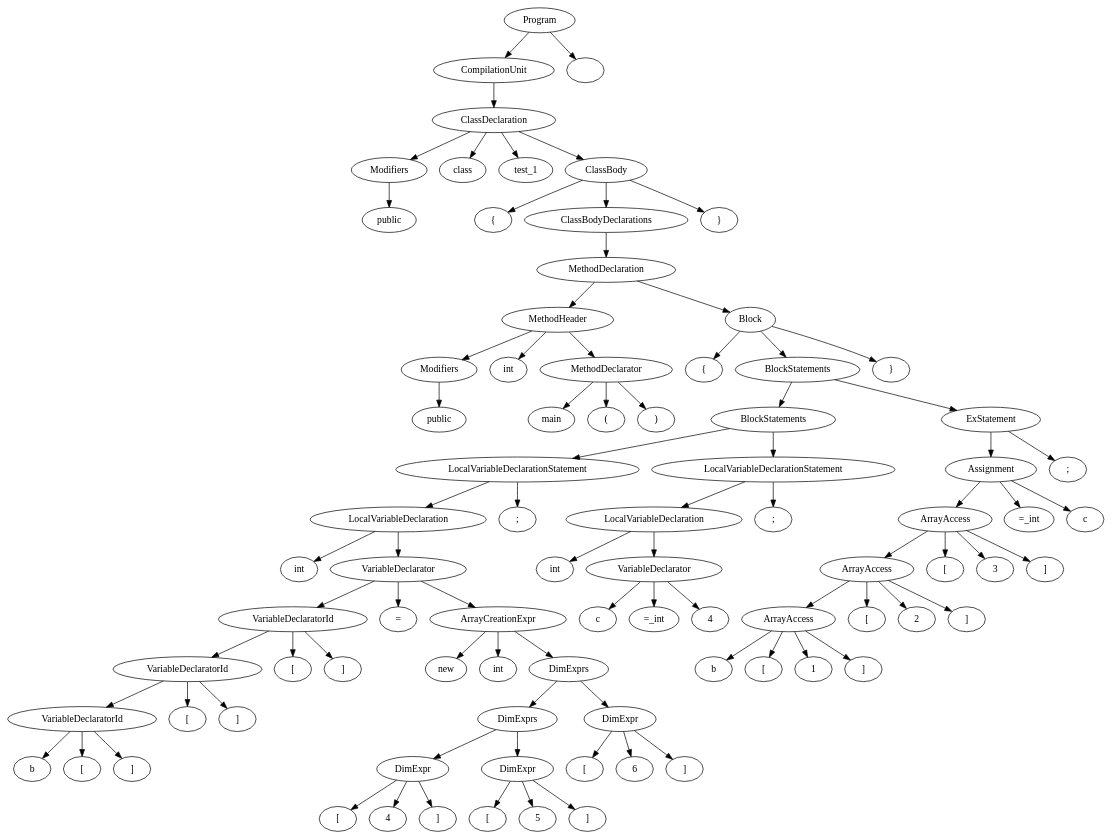
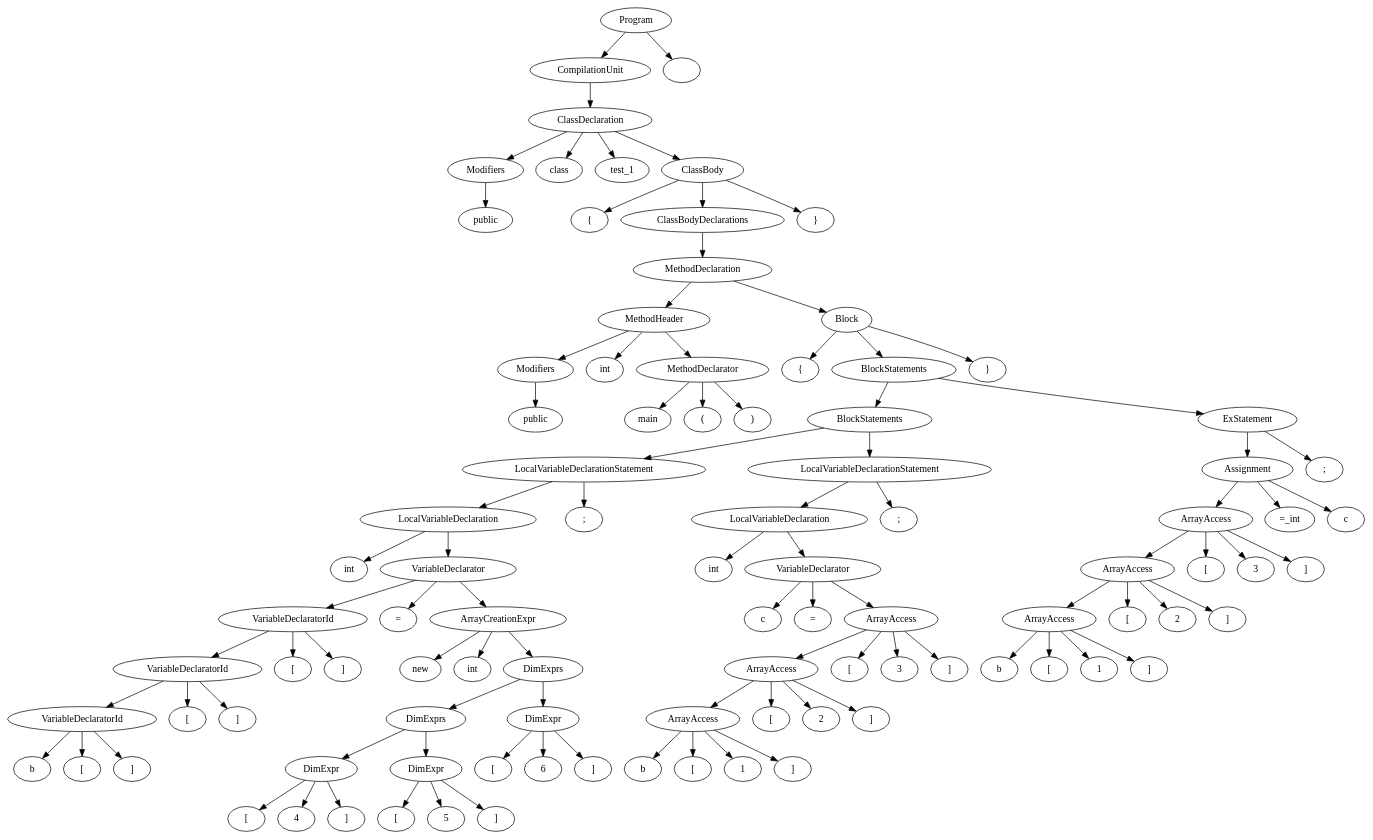
One commit to sandeepb20/Milestone changed the diagram in cs335_project_200530/src/out.dot. Above: the diagram before and after it, drawn with Graphviz. The commit also changed 4 other files, not shown here.

```diff
--- a/cs335_project_200530/src/out.dot
+++ b/cs335_project_200530/src/out.dot
@@ -1,171 +1,195 @@
 digraph G {
 n1 [label="public"]
 n2 [label="Modifiers"]
 n2->n1;
 n3 [label="class"]
 n4 [label="test_1"]
 n5 [label="{"]
 n6 [label="public"]
 n7 [label="Modifiers"]
 n7->n6;
 n8 [label="int"]
 n9 [label="main"]
 n10 [label="("]
 n11 [label=")"]
 n12 [label="MethodDeclarator"]
 n12->n11;
 n12->n10;
 n12->n9;
 n13 [label="MethodHeader"]
 n13->n12;
 n13->n8;
 n13->n7;
 n14 [label="{"]
 n15 [label="int"]
 n16 [label="b"]
 n17 [label="["]
 n18 [label="]"]
 n19 [label="VariableDeclaratorId"]
 n19->n18;
 n19->n17;
 n19->n16;
 n20 [label="["]
 n21 [label="]"]
 n22 [label="VariableDeclaratorId"]
 n22->n21;
 n22->n20;
 n22->n19;
 n23 [label="["]
 n24 [label="]"]
 n25 [label="VariableDeclaratorId"]
 n25->n24;
 n25->n23;
 n25->n22;
 n26 [label="="]
 n27 [label="new"]
 n28 [label="int"]
 n29 [label="["]
 n30 [label="4"]
 n31 [label="]"]
 n32 [label="DimExpr"]
 n32->n31;
 n32->n30;
 n32->n29;
 n33 [label="["]
 n34 [label="5"]
 n35 [label="]"]
 n36 [label="DimExpr"]
 n36->n35;
 n36->n34;
 n36->n33;
 n37 [label="DimExprs"]
 n37->n36;
 n37->n32;
 n38 [label="["]
 n39 [label="6"]
 n40 [label="]"]
 n41 [label="DimExpr"]
 n41->n40;
 n41->n39;
 n41->n38;
 n42 [label="DimExprs"]
 n42->n41;
 n42->n37;
 n43 [label="ArrayCreationExpr"]
 n43->n42;
 n43->n28;
 n43->n27;
 n44 [label="VariableDeclarator"]
 n44->n43;
 n44->n26;
 n44->n25;
 n45 [label="LocalVariableDeclaration"]
 n45->n44;
 n45->n15;
 n46 [label=";"]
 n47 [label="LocalVariableDeclarationStatement"]
 n47->n46;
 n47->n45;
 n48 [label="int"]
 n49 [label="c"]
-n50 [label="=_int"]
-n51 [label="4"]
-n52 [label="VariableDeclarator"]
-n52->n51;
-n52->n50;
-n52->n49;
-n53 [label="LocalVariableDeclaration"]
-n53->n52;
-n53->n48;
-n54 [label=";"]
-n55 [label="LocalVariableDeclarationStatement"]
+n50 [label="="]
+n51 [label="b"]
+n52 [label="["]
+n53 [label="1"]
+n54 [label="]"]
+n55 [label="ArrayAccess"]
 n55->n54;
 n55->n53;
-n56 [label="BlockStatements"]
-n56->n55;
-n56->n47;
-n57 [label="b"]
-n58 [label="["]
-n59 [label="1"]
-n60 [label="]"]
-n61 [label="ArrayAccess"]
-n61->n60;
-n61->n59;
-n61->n58;
-n61->n57;
-n62 [label="["]
-n63 [label="2"]
-n64 [label="]"]
-n65 [label="ArrayAccess"]
+n55->n52;
+n55->n51;
+n56 [label="["]
+n57 [label="2"]
+n58 [label="]"]
+n59 [label="ArrayAccess"]
+n59->n58;
+n59->n57;
+n59->n56;
+n59->n55;
+n60 [label="["]
+n61 [label="3"]
+n62 [label="]"]
+n63 [label="ArrayAccess"]
+n63->n62;
+n63->n61;
+n63->n60;
+n63->n59;
+n64 [label="VariableDeclarator"]
+n64->n63;
+n64->n50;
+n64->n49;
+n65 [label="LocalVariableDeclaration"]
 n65->n64;
-n65->n63;
-n65->n62;
-n65->n61;
-n66 [label="["]
-n67 [label="3"]
-n68 [label="]"]
-n69 [label="ArrayAccess"]
-n69->n68;
-n69->n67;
-n69->n66;
-n69->n65;
-n70 [label="=_int"]
-n71 [label="c"]
-n72 [label="Assignment"]
-n72->n71;
-n72->n70;
-n72->n69;
-n73 [label=";"]
-n74 [label="ExStatement"]
-n74->n73;
-n74->n72;
-n75 [label="BlockStatements"]
-n75->n74;
-n75->n56;
-n76 [label="}"]
-n77 [label="Block"]
+n65->n48;
+n66 [label=";"]
+n67 [label="LocalVariableDeclarationStatement"]
+n67->n66;
+n67->n65;
+n68 [label="BlockStatements"]
+n68->n67;
+n68->n47;
+n69 [label="b"]
+n70 [label="["]
+n71 [label="1"]
+n72 [label="]"]
+n73 [label="ArrayAccess"]
+n73->n72;
+n73->n71;
+n73->n70;
+n73->n69;
+n74 [label="["]
+n75 [label="2"]
+n76 [label="]"]
+n77 [label="ArrayAccess"]
 n77->n76;
 n77->n75;
-n77->n14;
-n78 [label="MethodDeclaration"]
-n78->n77;
-n78->n13;
-n79 [label="ClassBodyDeclarations"]
-n79->n78;
-n80 [label="}"]
-n81 [label="ClassBody"]
+n77->n74;
+n77->n73;
+n78 [label="["]
+n79 [label="3"]
+n80 [label="]"]
+n81 [label="ArrayAccess"]
 n81->n80;
 n81->n79;
-n81->n5;
-n82 [label="ClassDeclaration"]
-n82->n81;
-n82->n4;
-n82->n3;
-n82->n2;
-n83 [label="CompilationUnit"]
-n83->n82;
-n84 [label="Program"]
-n84->n85;
+n81->n78;
+n81->n77;
+n82 [label="=_int"]
+n83 [label="c"]
+n84 [label="Assignment"]
 n84->n83;
-n85 [label=""]
+n84->n82;
+n84->n81;
+n85 [label=";"]
+n86 [label="ExStatement"]
+n86->n85;
+n86->n84;
+n87 [label="BlockStatements"]
+n87->n86;
+n87->n68;
+n88 [label="}"]
+n89 [label="Block"]
+n89->n88;
+n89->n87;
+n89->n14;
+n90 [label="MethodDeclaration"]
+n90->n89;
+n90->n13;
+n91 [label="ClassBodyDeclarations"]
+n91->n90;
+n92 [label="}"]
+n93 [label="ClassBody"]
+n93->n92;
+n93->n91;
+n93->n5;
+n94 [label="ClassDeclaration"]
+n94->n93;
+n94->n4;
+n94->n3;
+n94->n2;
+n95 [label="CompilationUnit"]
+n95->n94;
+n96 [label="Program"]
+n96->n97;
+n96->n95;
+n97 [label=""]
 }
```
